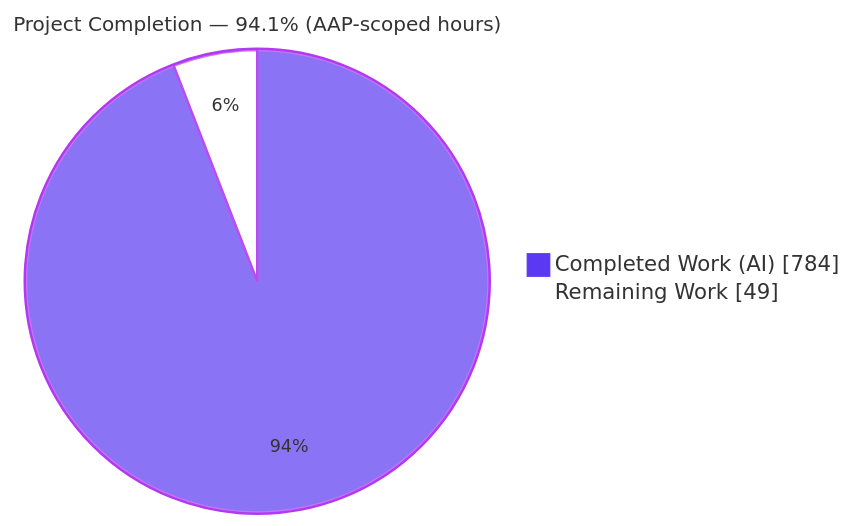
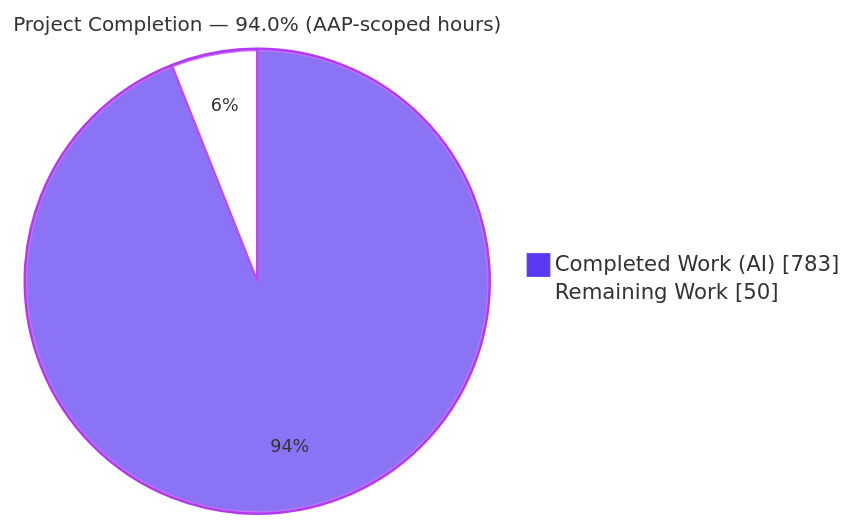
Before and after one commit to Blitzy-Sandbox/blitzy-ArkCase: the first of 3 diagrams in blitzy/documentation/Project Guide.md, drawn with Mermaid. The commit also changed other lines of this file, not shown here.

Commit message:
Adding Blitzy Project Guide: Project Status and Human Tasks Remaining

````diff
--- a/blitzy/documentation/Project Guide.md
+++ b/blitzy/documentation/Project Guide.md
@@ -13,7 +13,7 @@
 ```mermaid
 %%{init: {'theme':'base', 'themeVariables': {'pie1':'#5B39F3','pie2':'#FFFFFF','pieStrokeColor':'#B23AF2','pieStrokeWidth':'2px','pieOuterStrokeColor':'#B23AF2','pieTitleTextSize':'16px','pieSectionTextSize':'14px'}}}%%
 pie showData
-    title Project Completion — 94.1% (AAP-scoped hours)
-    "Completed Work (AI)" : 784
-    "Remaining Work" : 49
+    title Project Completion — 94.0% (AAP-scoped hours)
+    "Completed Work (AI)" : 783
+    "Remaining Work" : 50
 ```
````
